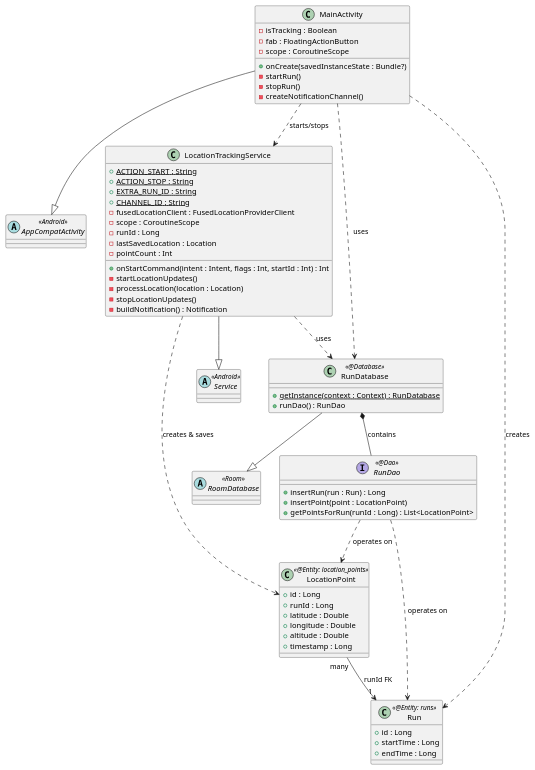
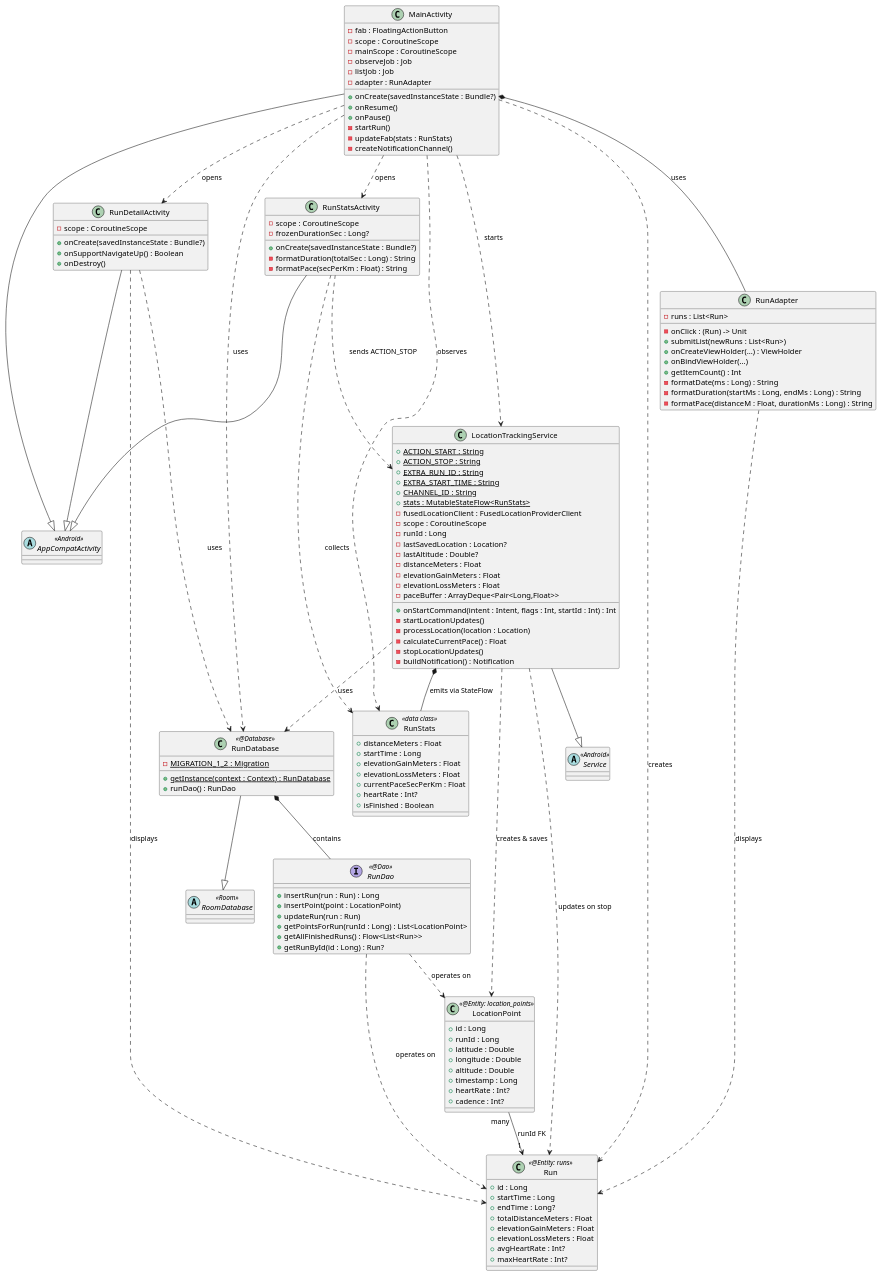
The diagram in class-diagram.puml (yaroslav-06/orun), drawn with PlantUML before and after one commit. The commit also changed 18 other files, not shown here.

Commit message:
current run displayer page + run finished info page

```diff
--- a/class-diagram.puml
+++ b/class-diagram.puml
@@ -1,76 +1,151 @@
 @startuml
 
 abstract class AppCompatActivity <<Android>>
 abstract class Service <<Android>>
 abstract class RoomDatabase <<Room>>
 
 class MainActivity {
-    -isTracking : Boolean
     -fab : FloatingActionButton
     -scope : CoroutineScope
+    -mainScope : CoroutineScope
+    -observeJob : Job
+    -listJob : Job
+    -adapter : RunAdapter
     +onCreate(savedInstanceState : Bundle?)
+    +onResume()
+    +onPause()
     -startRun()
-    -stopRun()
+    -updateFab(stats : RunStats)
     -createNotificationChannel()
+}
+
+class RunDetailActivity {
+    -scope : CoroutineScope
+    +onCreate(savedInstanceState : Bundle?)
+    +onSupportNavigateUp() : Boolean
+    +onDestroy()
+}
+
+class RunAdapter {
+    -runs : List<Run>
+    -onClick : (Run) -> Unit
+    +submitList(newRuns : List<Run>)
+    +onCreateViewHolder(...) : ViewHolder
+    +onBindViewHolder(...)
+    +getItemCount() : Int
+    -formatDate(ms : Long) : String
+    -formatDuration(startMs : Long, endMs : Long) : String
+    -formatPace(distanceM : Float, durationMs : Long) : String
+}
+
+class RunStatsActivity {
+    -scope : CoroutineScope
+    -frozenDurationSec : Long?
+    +onCreate(savedInstanceState : Bundle?)
+    -formatDuration(totalSec : Long) : String
+    -formatPace(secPerKm : Float) : String
 }
 
 class LocationTrackingService {
     +{static} ACTION_START : String
     +{static} ACTION_STOP : String
     +{static} EXTRA_RUN_ID : String
+    +{static} EXTRA_START_TIME : String
     +{static} CHANNEL_ID : String
+    +{static} stats : MutableStateFlow<RunStats>
     -fusedLocationClient : FusedLocationProviderClient
     -scope : CoroutineScope
     -runId : Long
-    -lastSavedLocation : Location
-    -pointCount : Int
+    -lastSavedLocation : Location?
+    -lastAltitude : Double?
+    -distanceMeters : Float
+    -elevationGainMeters : Float
+    -elevationLossMeters : Float
+    -paceBuffer : ArrayDeque<Pair<Long,Float>>
     +onStartCommand(intent : Intent, flags : Int, startId : Int) : Int
     -startLocationUpdates()
     -processLocation(location : Location)
+    -calculateCurrentPace() : Float
     -stopLocationUpdates()
     -buildNotification() : Notification
 }
 
 class RunDatabase <<@Database>> {
     +{static} getInstance(context : Context) : RunDatabase
     +runDao() : RunDao
+    -{static} MIGRATION_1_2 : Migration
 }
 
 interface RunDao <<@Dao>> {
     +insertRun(run : Run) : Long
     +insertPoint(point : LocationPoint)
+    +updateRun(run : Run)
     +getPointsForRun(runId : Long) : List<LocationPoint>
+    +getAllFinishedRuns() : Flow<List<Run>>
+    +getRunById(id : Long) : Run?
 }
 
 class Run <<@Entity: runs>> {
     +id : Long
     +startTime : Long
-    +endTime : Long
+    +endTime : Long?
+    +totalDistanceMeters : Float
+    +elevationGainMeters : Float
+    +elevationLossMeters : Float
+    +avgHeartRate : Int?
+    +maxHeartRate : Int?
 }
 
 class LocationPoint <<@Entity: location_points>> {
     +id : Long
     +runId : Long
     +latitude : Double
     +longitude : Double
     +altitude : Double
     +timestamp : Long
+    +heartRate : Int?
+    +cadence : Int?
+}
+
+class RunStats <<data class>> {
+    +distanceMeters : Float
+    +startTime : Long
+    +elevationGainMeters : Float
+    +elevationLossMeters : Float
+    +currentPaceSecPerKm : Float
+    +heartRate : Int?
+    +isFinished : Boolean
 }
 
 MainActivity --|> AppCompatActivity
+RunStatsActivity --|> AppCompatActivity
+RunDetailActivity --|> AppCompatActivity
 LocationTrackingService --|> Service
 RunDatabase --|> RoomDatabase
 
 RunDatabase *-- RunDao : contains
 RunDao ..> Run : operates on
 RunDao ..> LocationPoint : operates on
 LocationPoint "many" --> "1" Run : runId FK
 
 MainActivity ..> RunDatabase : uses
 MainActivity ..> Run : creates
-MainActivity ..> LocationTrackingService : starts/stops
+MainActivity ..> LocationTrackingService : starts
+MainActivity ..> RunStatsActivity : opens
+MainActivity ..> RunDetailActivity : opens
+MainActivity ..> RunStats : observes
+MainActivity *-- RunAdapter : uses
+
+RunDetailActivity ..> RunDatabase : uses
+RunDetailActivity ..> Run : displays
+RunAdapter ..> Run : displays
+
+RunStatsActivity ..> LocationTrackingService : sends ACTION_STOP
+RunStatsActivity ..> RunStats : collects
 
 LocationTrackingService ..> RunDatabase : uses
 LocationTrackingService ..> LocationPoint : creates & saves
+LocationTrackingService ..> Run : updates on stop
+LocationTrackingService *-- RunStats : emits via StateFlow
 
 @enduml
```
